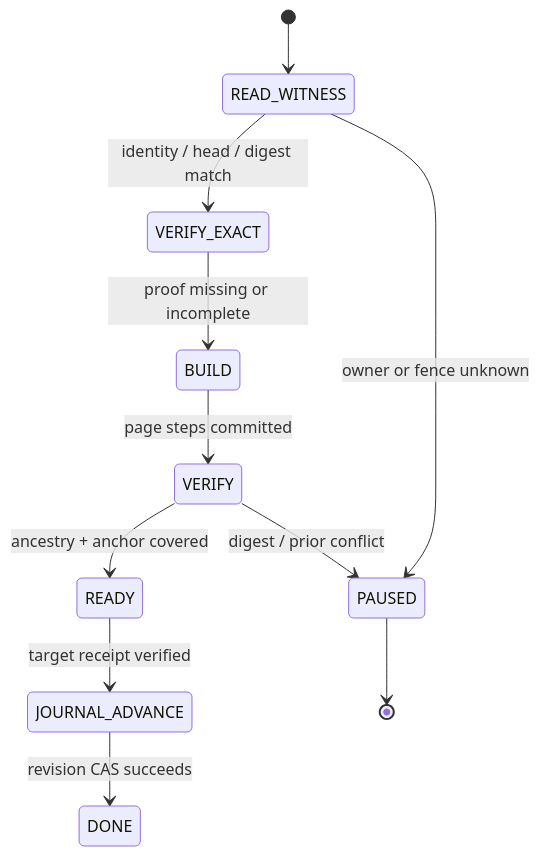
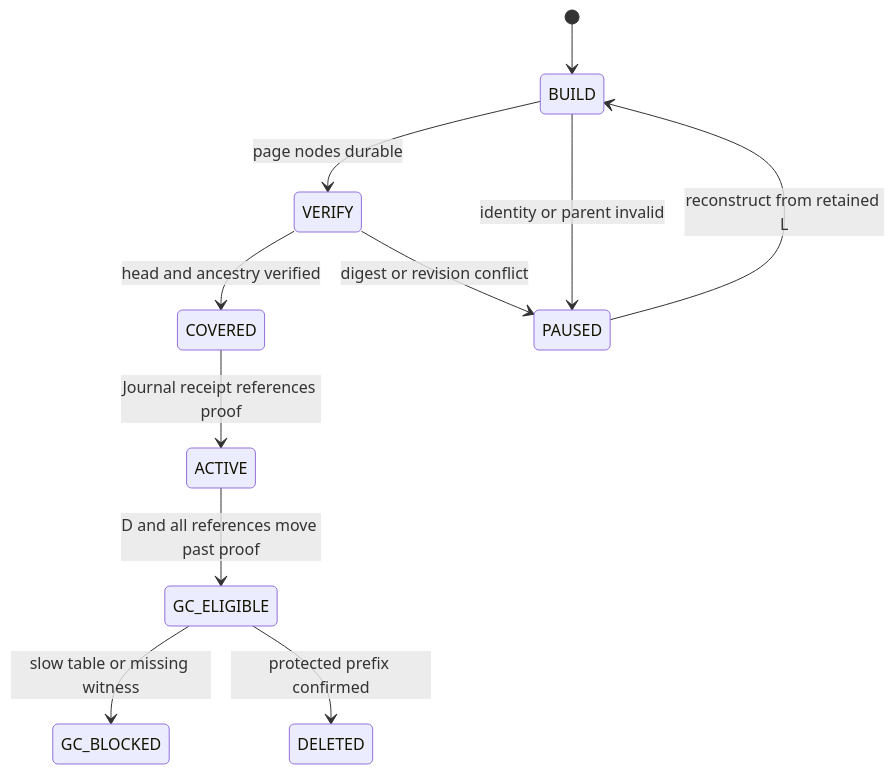
One commit to Xuxiaotuan/Xuxiaotuan.github.io changed the first of 2 diagrams in _posts/pekko/2026-10-18-pekko-cdc-3-mysql-journal-experiment.md. Above: the diagram before and after it, drawn with Mermaid. The commit also changed other lines of this file and 2 other files, not shown here.

````diff
--- a/_posts/pekko/2026-10-18-pekko-cdc-3-mysql-journal-experiment.md
+++ b/_posts/pekko/2026-10-18-pekko-cdc-3-mysql-journal-experiment.md
@@ -73,13 +100,13 @@
 ```mermaid
 stateDiagram-v2
-    [*] --> READ_WITNESS
-    READ_WITNESS --> VERIFY_EXACT: identity / head / digest match
-    VERIFY_EXACT --> BUILD: proof missing or incomplete
-    BUILD --> VERIFY: page steps committed
-    VERIFY --> READY: ancestry + anchor covered
-    READY --> JOURNAL_ADVANCE: target receipt verified
-    JOURNAL_ADVANCE --> DONE: revision CAS succeeds
-    READ_WITNESS --> PAUSED: owner or fence unknown
-    VERIFY --> PAUSED: digest / prior conflict
-    PAUSED --> [*]
+    [*] --> BUILD
+    BUILD --> VERIFY: page nodes durable
+    VERIFY --> COVERED: head and ancestry verified
+    COVERED --> ACTIVE: Journal receipt references proof
+    BUILD --> PAUSED: identity or parent invalid
+    VERIFY --> PAUSED: digest or revision conflict
+    ACTIVE --> GC_ELIGIBLE: D and all references move past proof
+    GC_ELIGIBLE --> GC_BLOCKED: slow table or missing witness
+    GC_ELIGIBLE --> DELETED: protected prefix confirmed
+    PAUSED --> BUILD: reconstruct from retained L
 ```
````
